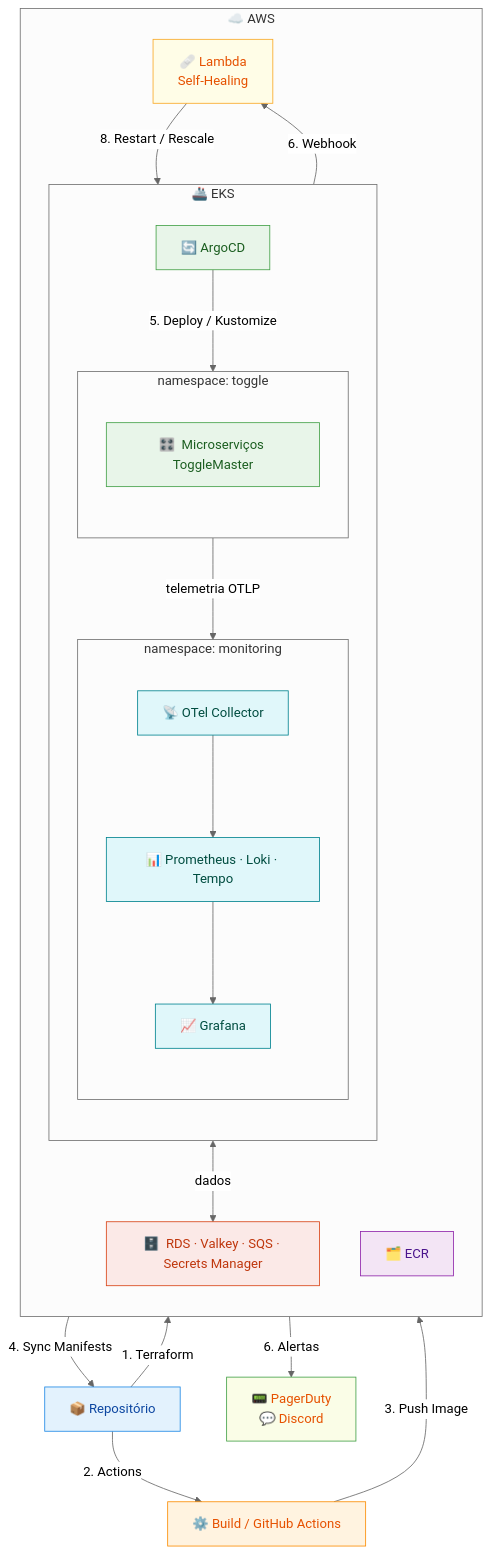
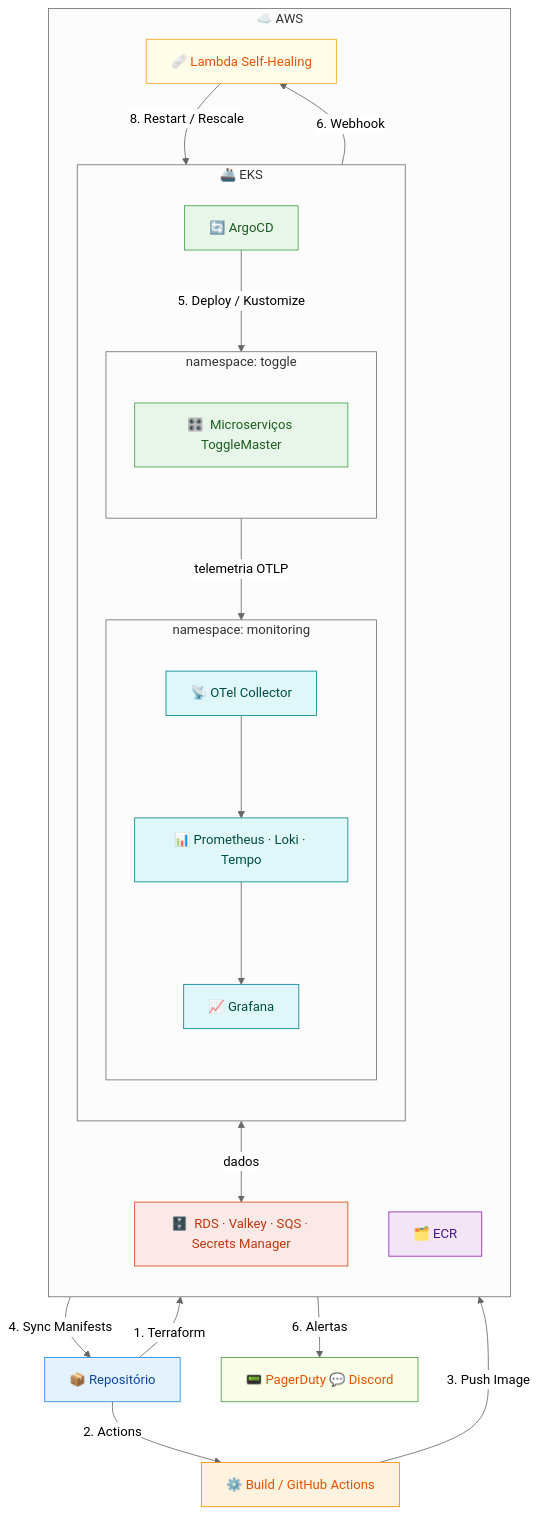
One commit to diasdmhub/fiap-toggle-master-stack changed the diagram in README.md. Above: the diagram before and after it, drawn with Mermaid (neutral theme). The commit also changed 1 other file, not shown here.

Commit message:
Update da descrição

````diff
--- a/README.md
+++ b/README.md
@@ -38,62 +38,62 @@
 ```mermaid
 flowchart TB
     %% Styles
     classDef repo fill:#E3F2FD,stroke:#1E88E5,color:#0D47A1
     classDef ci fill:#FFF3E0,stroke:#FB8C00,color:#E65100
     classDef aws fill:#F3E5F5,stroke:#8E24AA,color:#4A148C
     classDef deploy fill:#E8F5E9,stroke:#43A047,color:#1B5E20
     classDef data fill:#FBE9E7,stroke:#D84315,color:#BF360C
     classDef mon fill:#E0F7FA,stroke:#00838F,color:#004D40
     classDef lambda fill:#FFFDE7,stroke:#F9A825,color:#E65100
     classDef alert fill:#FAFDE7,stroke:#43A047,color:#E65100
  
     %% Source
     A["📦 Repositório"]:::repo
 
     %% CI/CD
     B["⚙️ Build / GitHub Actions"]:::ci
 
     %% AWS Area
     subgraph AWS["☁️ AWS"]
         direction TB
 
         ECR["🗂️  ECR"]:::aws
 
         subgraph EKS["🚢 EKS"]
             direction TB
             ArgoCD["🔄 ArgoCD"]:::deploy
 
             subgraph NSTOGGLE["namespace: toggle"]
                 direction TB
                 C["🎛️  Microserviços ToggleMaster"]:::deploy
             end
 
             subgraph NSMON["namespace: monitoring"]
                 direction TB
                 OTEL["📡 OTel Collector"]:::mon
                 PLT["📊 Prometheus · Loki · Tempo"]:::mon
                 GRAF["📈 Grafana"]:::mon
             end
         end
 
         DATA["🗄️  RDS · Valkey · SQS · Secrets Manager"]:::data
-        LAMBDA["🩹 Lambda\nSelf-Healing"]:::lambda
+        LAMBDA["🩹 Lambda Self-Healing"]:::lambda
     end
 
     %% External Alert
-    NOTIFY["📟 PagerDuty\n💬 Discord"]:::alert
+    NOTIFY["📟 PagerDuty 💬 Discord"]:::alert
 
     %% Flow
     A -->|"1. Terraform"| AWS
     A -->|"2. Actions"| B
     B -->|"3. Push Image"| ECR
     ArgoCD -->|"4. Sync Manifests"| A
     ArgoCD -->|"5. Deploy / Kustomize"| C
     C <-->|"dados"| DATA
     C -->|"telemetria OTLP"| OTEL
     OTEL --> PLT
     PLT --> GRAF
     GRAF -->|"6. Webhook"| LAMBDA
     GRAF -->|"6. Alertas"| NOTIFY
     LAMBDA -->|"8. Restart / Rescale"| C
 ```
````
